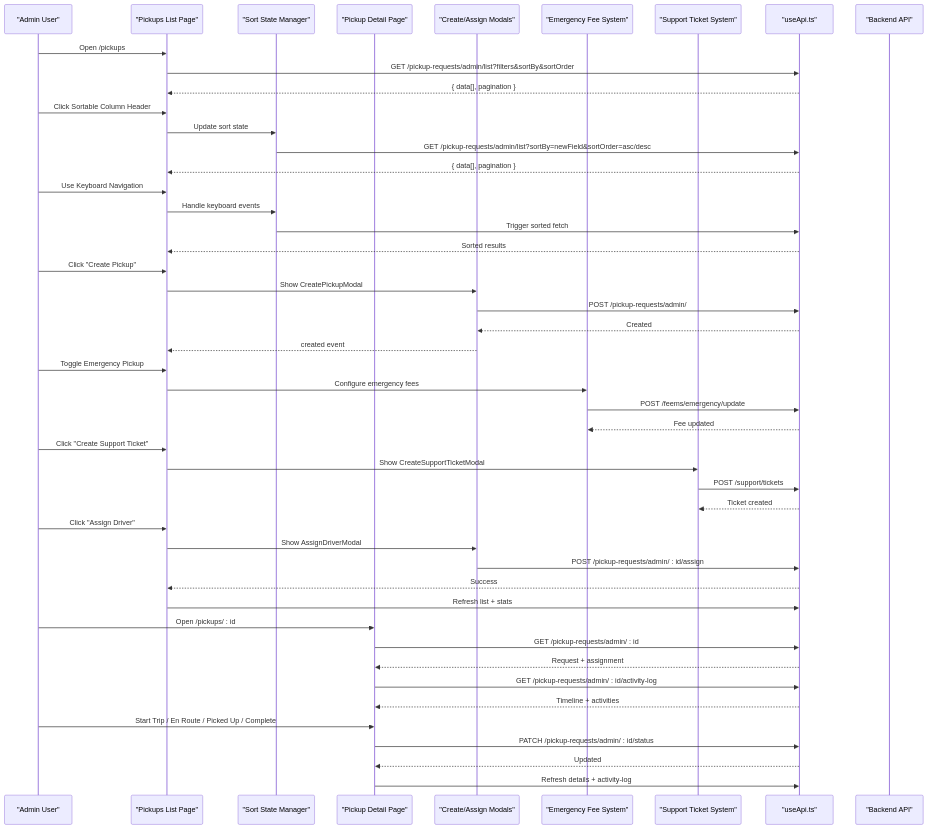
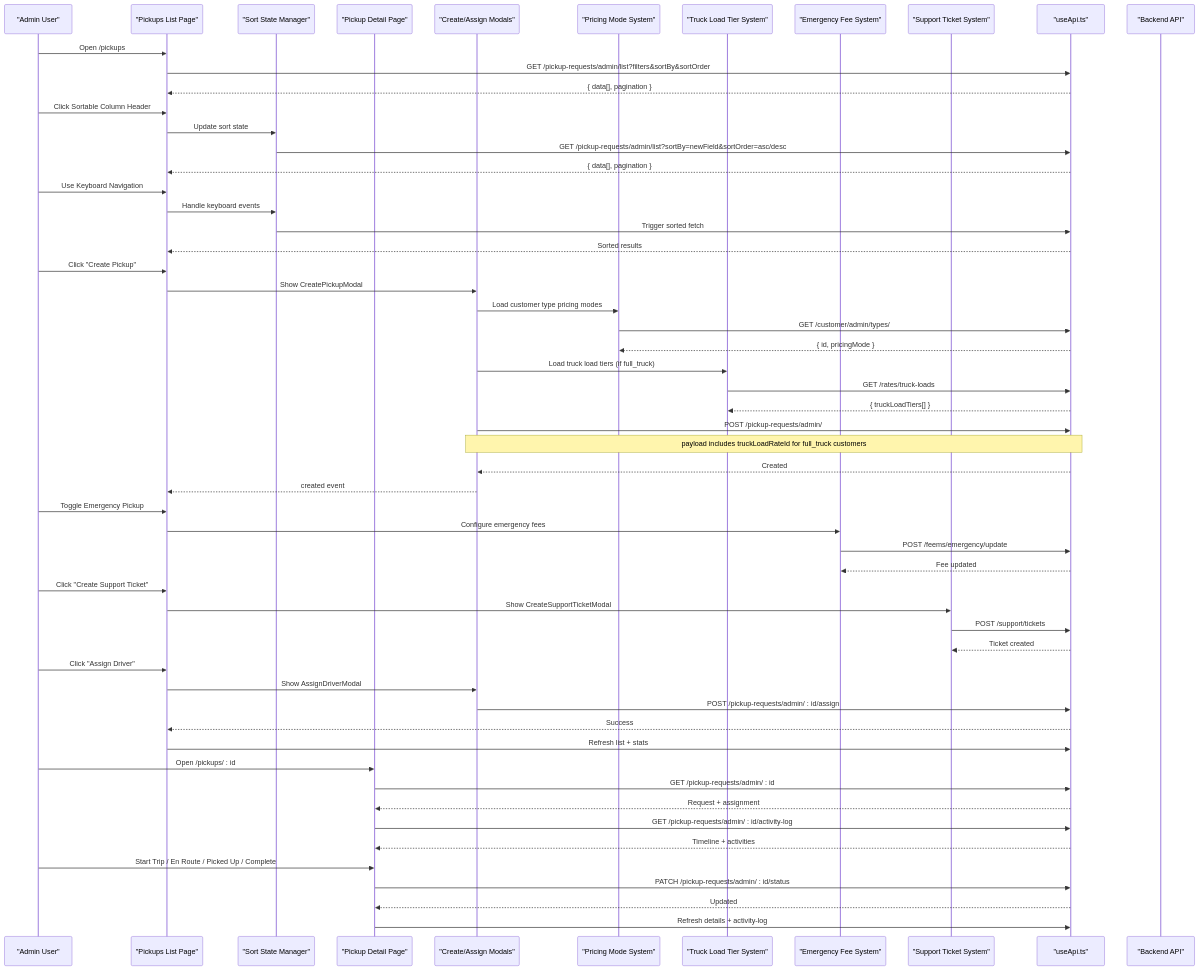
One commit to Lazynerd-Studios/lacarte-atlas-console changed the second of 11 diagrams in .qoder/repowiki/en/content/Business Modules/Pickup Operations.md. Above: the diagram before and after it, drawn with Mermaid. The commit also changed other lines of this file and 12 other files, not shown here.

````diff
--- a/.qoder/repowiki/en/content/Business Modules/Pickup Operations.md
+++ b/.qoder/repowiki/en/content/Business Modules/Pickup Operations.md
@@ -157,50 +183,59 @@
 ```mermaid
 sequenceDiagram
 participant Admin as "Admin User"
 participant List as "Pickups List Page"
 participant SortManager as "Sort State Manager"
 participant Detail as "Pickup Detail Page"
 participant Modal as "Create/Assign Modals"
+participant PricingMode as "Pricing Mode System"
+participant TruckTier as "Truck Load Tier System"
 participant EmergencyFee as "Emergency Fee System"
 participant Support as "Support Ticket System"
 participant API as "useApi.ts"
 participant Backend as "Backend API"
 Admin->>List : Open /pickups
 List->>API : GET /pickup-requests/admin/list?filters&sortBy&sortOrder
 API-->>List : { data[], pagination }
 Admin->>List : Click Sortable Column Header
 List->>SortManager : Update sort state
 SortManager->>API : GET /pickup-requests/admin/list?sortBy=newField&sortOrder=asc/desc
 API-->>List : { data[], pagination }
 Admin->>List : Use Keyboard Navigation
 List->>SortManager : Handle keyboard events
 SortManager->>API : Trigger sorted fetch
 API-->>List : Sorted results
 Admin->>List : Click "Create Pickup"
 List->>Modal : Show CreatePickupModal
+Modal->>PricingMode : Load customer type pricing modes
+PricingMode->>API : GET /customer/admin/types/
+API-->>PricingMode : { id, pricingMode }
+Modal->>TruckTier : Load truck load tiers (if full_truck)
+TruckTier->>API : GET /rates/truck-loads
+API-->>TruckTier : { truckLoadTiers[] }
 Modal->>API : POST /pickup-requests/admin/
+Note over Modal,API : payload includes truckLoadRateId for full_truck customers
 API-->>Modal : Created
 Modal-->>List : created event
 Admin->>List : Toggle Emergency Pickup
 List->>EmergencyFee : Configure emergency fees
 EmergencyFee->>API : POST /feems/emergency/update
 API-->>EmergencyFee : Fee updated
 Admin->>List : Click "Create Support Ticket"
 List->>Support : Show CreateSupportTicketModal
 Support->>API : POST /support/tickets
 API-->>Support : Ticket created
 Admin->>List : Click "Assign Driver"
 List->>Modal : Show AssignDriverModal
 Modal->>API : POST /pickup-requests/admin/ : id/assign
 API-->>List : Success
 List->>API : Refresh list + stats
 Admin->>Detail : Open /pickups/ : id
 Detail->>API : GET /pickup-requests/admin/ : id
 API-->>Detail : Request + assignment
 Detail->>API : GET /pickup-requests/admin/ : id/activity-log
 API-->>Detail : Timeline + activities
 Admin->>Detail : Start Trip / En Route / Picked Up / Complete
 Detail->>API : PATCH /pickup-requests/admin/ : id/status
 API-->>Detail : Updated
 Detail->>API : Refresh details + activity-log
 ```
````
